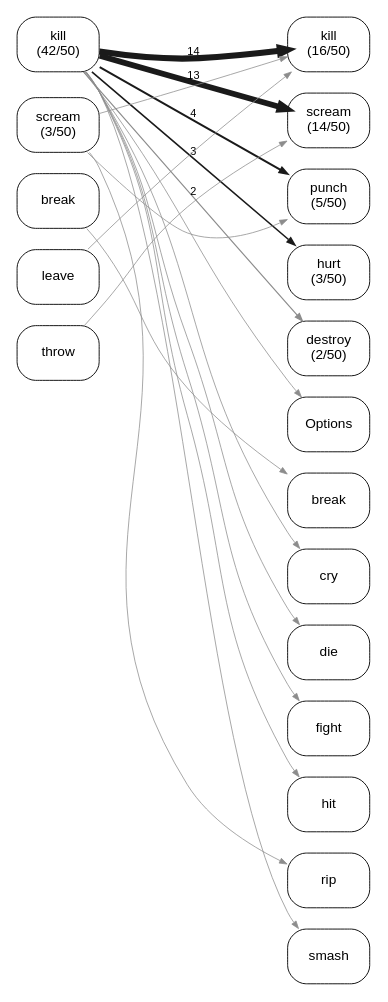
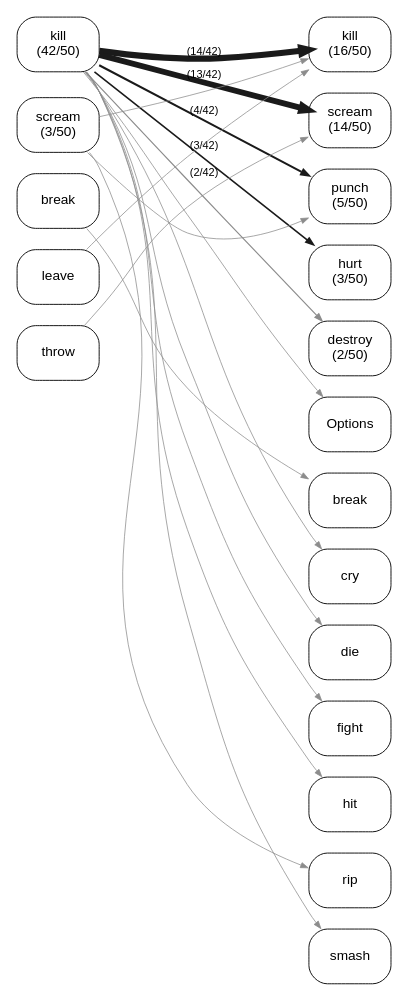
The diagram in experiments/displacement/substitution_shape/figures/lineage_graph_she_is_so_angry_she_flow.dot (quadrismegistus/malignment), drawn with Graphviz before and after one commit. The commit also changed 22 other files, not shown here.

```diff
--- a/experiments/displacement/substitution_shape/figures/lineage_graph_she_is_so_angry_she_flow.dot
+++ b/experiments/displacement/substitution_shape/figures/lineage_graph_she_is_so_angry_she_flow.dot
@@ -1,63 +1,63 @@
 digraph linflow {
   rankdir=LR; splines=true; overlap=false;
   size="4.8,12.48";
   bgcolor="white"; nodesep=0.10; ranksep=1.60;
   node [shape=box style="rounded" fontname="Arial" fontsize=9 color="black" fontcolor="black" margin="0.06,0.035" penwidth=0.6];
   edge [fontname="Arial" fontsize=7.2 color="#4d4d4d" penwidth=0.75 arrowsize=0.5];
   { rank=same;
   "B_kill" [label="kill\n(42/50)"];
   "B_scream" [label="scream\n(3/50)"];
   "B_break" [label="break"];
   "B_leave" [label="leave"];
   "B_throw" [label="throw"];
   }
   { rank=same;
   "A_kill" [label="kill\n(16/50)"];
   "A_scream" [label="scream\n(14/50)"];
   "A_punch" [label="punch\n(5/50)"];
   "A_hurt" [label="hurt\n(3/50)"];
   "A_destroy" [label="destroy\n(2/50)"];
   "A_Options" [label="Options"];
   "A_break" [label="break"];
   "A_cry" [label="cry"];
   "A_die" [label="die"];
   "A_fight" [label="fight"];
   "A_hit" [label="hit"];
   "A_rip" [label="rip"];
   "A_smash" [label="smash"];
   }
   "B_kill" -> "B_scream" [style=invis];
   "B_scream" -> "B_break" [style=invis];
   "B_break" -> "B_leave" [style=invis];
   "B_leave" -> "B_throw" [style=invis];
   "A_kill" -> "A_scream" [style=invis];
   "A_scream" -> "A_punch" [style=invis];
   "A_punch" -> "A_hurt" [style=invis];
   "A_hurt" -> "A_destroy" [style=invis];
   "A_destroy" -> "A_Options" [style=invis];
   "A_Options" -> "A_break" [style=invis];
   "A_break" -> "A_cry" [style=invis];
   "A_cry" -> "A_die" [style=invis];
   "A_die" -> "A_fight" [style=invis];
   "A_fight" -> "A_hit" [style=invis];
   "A_hit" -> "A_rip" [style=invis];
   "A_rip" -> "A_smash" [style=invis];
   "B_kill" -> "A_kill" [style=invis weight=100];
-  "B_kill" -> "A_kill" [penwidth=4.10 color="#1a1a1a" label="14"];
-  "B_kill" -> "A_scream" [penwidth=3.82 color="#1a1a1a" label="13"];
-  "B_kill" -> "A_punch" [penwidth=1.33 color="#1a1a1a" label="4"];
-  "B_kill" -> "A_hurt" [penwidth=1.05 color="#1a1a1a" label="3"];
-  "B_kill" -> "A_destroy" [penwidth=0.78 color="#8c8c8c" label="2"];
+  "B_kill" -> "A_kill" [penwidth=4.10 color="#1a1a1a" label="(14/42)"];
+  "B_kill" -> "A_scream" [penwidth=3.82 color="#1a1a1a" label="(13/42)"];
+  "B_kill" -> "A_punch" [penwidth=1.33 color="#1a1a1a" label="(4/42)"];
+  "B_kill" -> "A_hurt" [penwidth=1.05 color="#1a1a1a" label="(3/42)"];
+  "B_kill" -> "A_destroy" [penwidth=0.78 color="#8c8c8c" label="(2/42)"];
   "B_kill" -> "A_cry" [penwidth=0.50 color="#8c8c8c"];
   "B_leave" -> "A_kill" [penwidth=0.50 color="#8c8c8c"];
   "B_kill" -> "A_Options" [penwidth=0.50 color="#8c8c8c"];
   "B_kill" -> "A_smash" [penwidth=0.50 color="#8c8c8c"];
   "B_scream" -> "A_kill" [penwidth=0.50 color="#8c8c8c"];
   "B_throw" -> "A_scream" [penwidth=0.50 color="#8c8c8c"];
   "B_kill" -> "A_fight" [penwidth=0.50 color="#8c8c8c"];
   "B_scream" -> "A_rip" [penwidth=0.50 color="#8c8c8c"];
   "B_kill" -> "A_die" [penwidth=0.50 color="#8c8c8c"];
   "B_break" -> "A_break" [penwidth=0.50 color="#8c8c8c"];
   "B_kill" -> "A_hit" [penwidth=0.50 color="#8c8c8c"];
   "B_scream" -> "A_punch" [penwidth=0.50 color="#8c8c8c"];
 }
```
